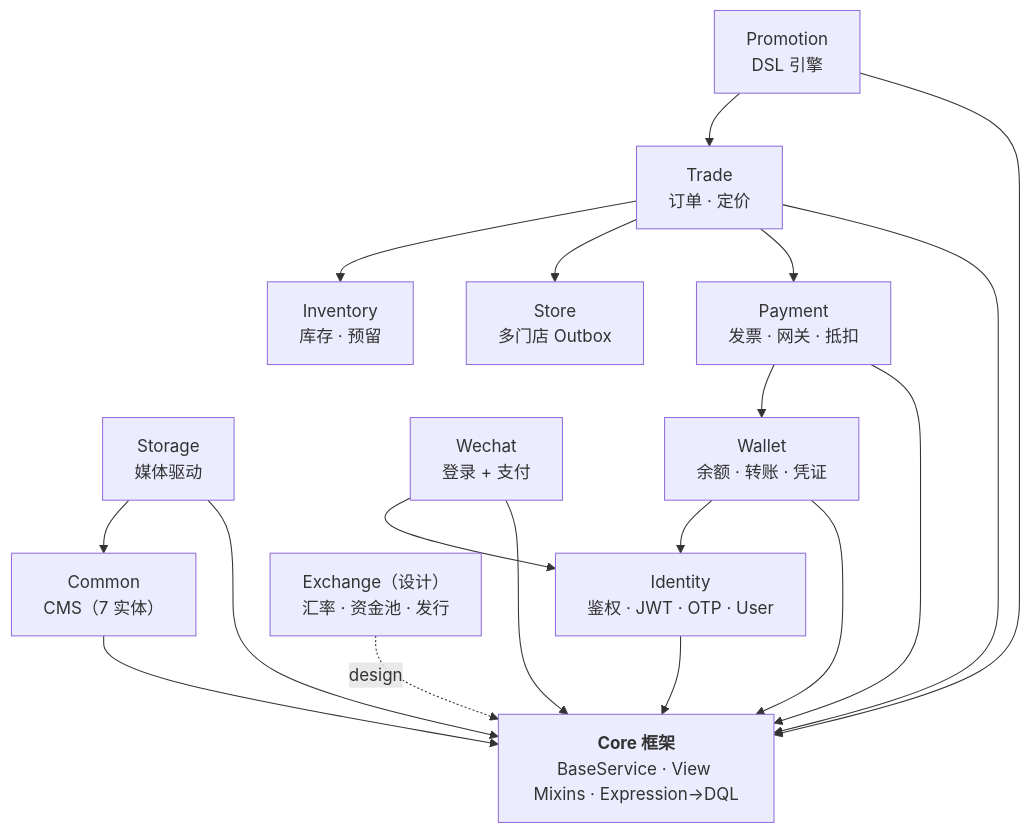
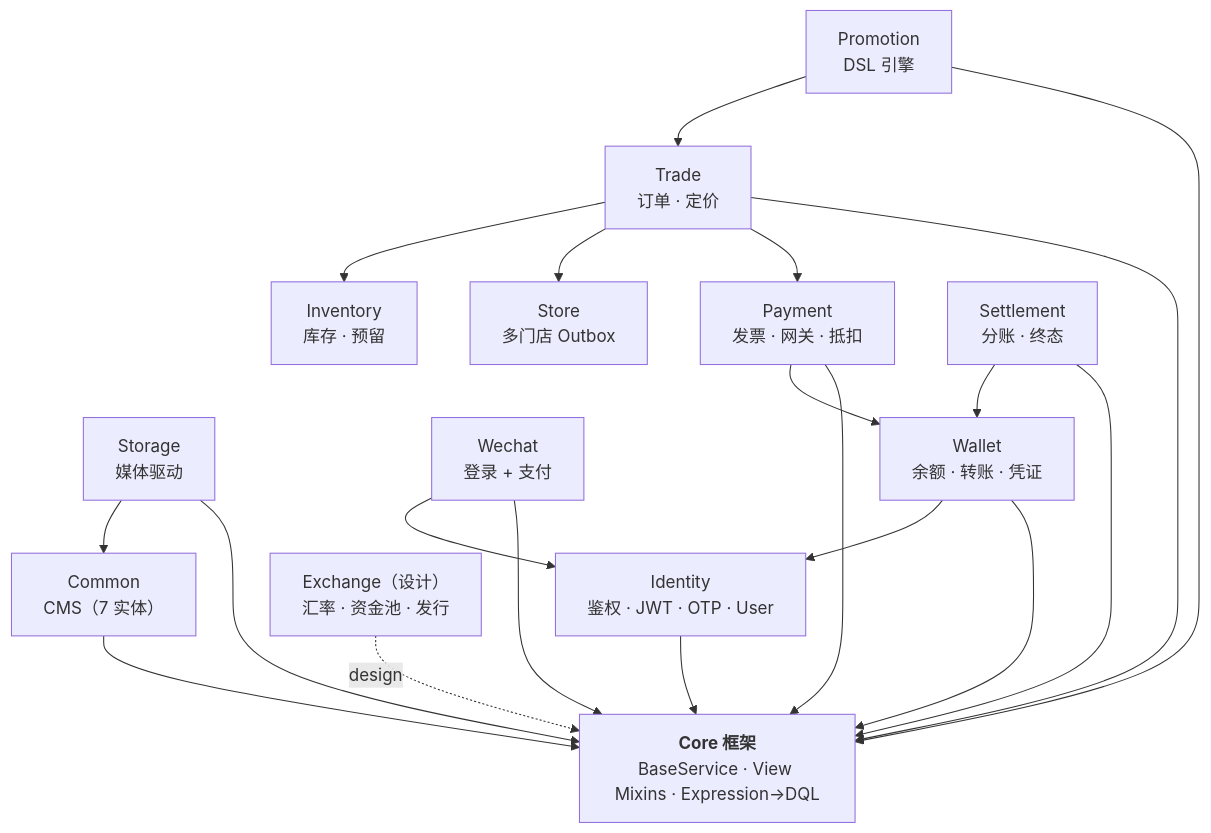
Before and after one commit to dream-studio-china/edc-online-membership: the first of 3 diagrams in README.zh-cn.md, drawn with Mermaid. The commit also changed other lines of this file and 4 other files, not shown here.

````diff
--- a/README.zh-cn.md
+++ b/README.zh-cn.md
@@ -13,34 +13,37 @@
 ```mermaid
 flowchart TB
     Core["<b>Core 框架</b><br/>BaseService · View Mixins · Expression→DQL"]
 
     Identity["Identity<br/>鉴权 · JWT · OTP · User"]
     Common["Common<br/>CMS（7 实体）"]
     Storage["Storage<br/>媒体驱动"]
     Wechat["Wechat<br/>登录 + 支付"]
     Wallet["Wallet<br/>余额 · 转账 · 凭证"]
     Payment["Payment<br/>发票 · 网关 · 抵扣"]
     Trade["Trade<br/>订单 · 定价"]
     Store["Store<br/>多门店 Outbox"]
     Inventory["Inventory<br/>库存 · 预留"]
     Promotion["Promotion<br/>DSL 引擎"]
+    Settlement["Settlement<br/>分账 · 终态"]
     Exchange["Exchange（设计）<br/>汇率 · 资金池 · 发行"]
 
     Identity --> Core
     Common --> Core
     Storage --> Core
     Storage --> Common
     Wechat --> Core
     Wechat --> Identity
     Wallet --> Core
     Wallet --> Identity
     Payment --> Core
     Payment --> Wallet
     Trade --> Core
     Trade --> Payment
     Trade --> Store
     Trade --> Inventory
     Promotion --> Core
     Promotion --> Trade
+    Settlement --> Core
+    Settlement --> Wallet
     Exchange -. "design" .-> Core
 ```
````
